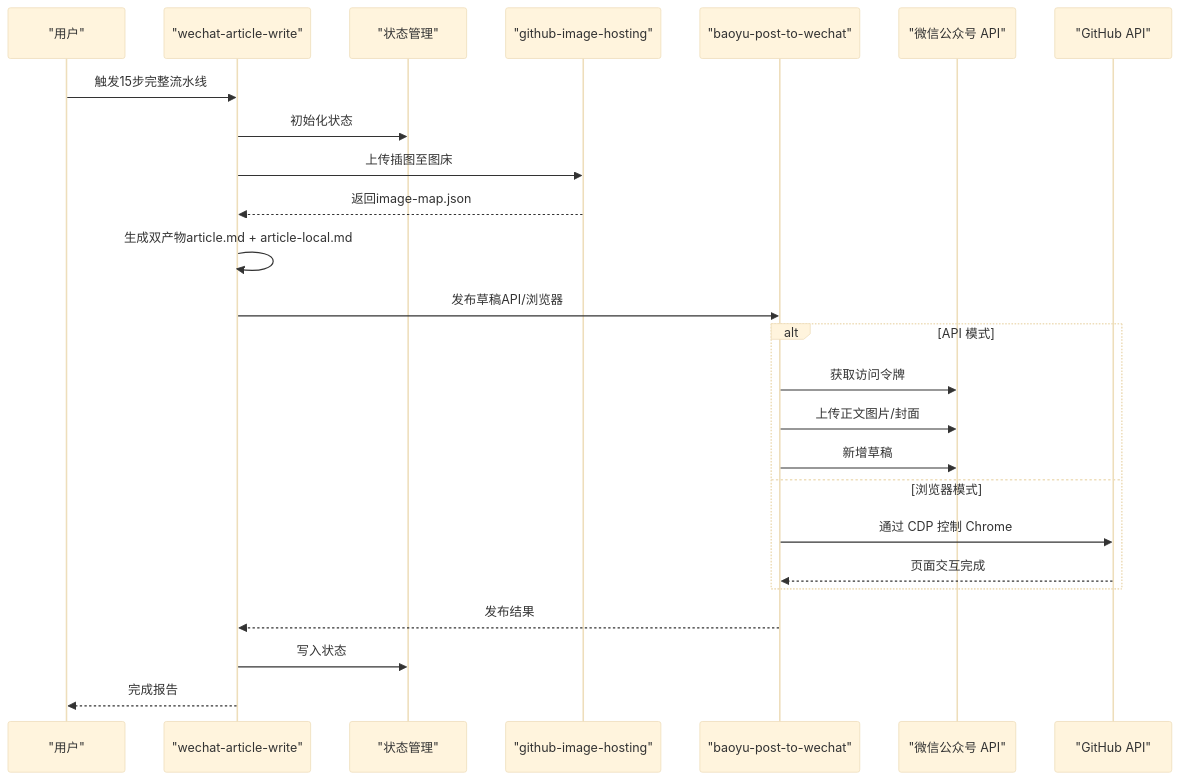
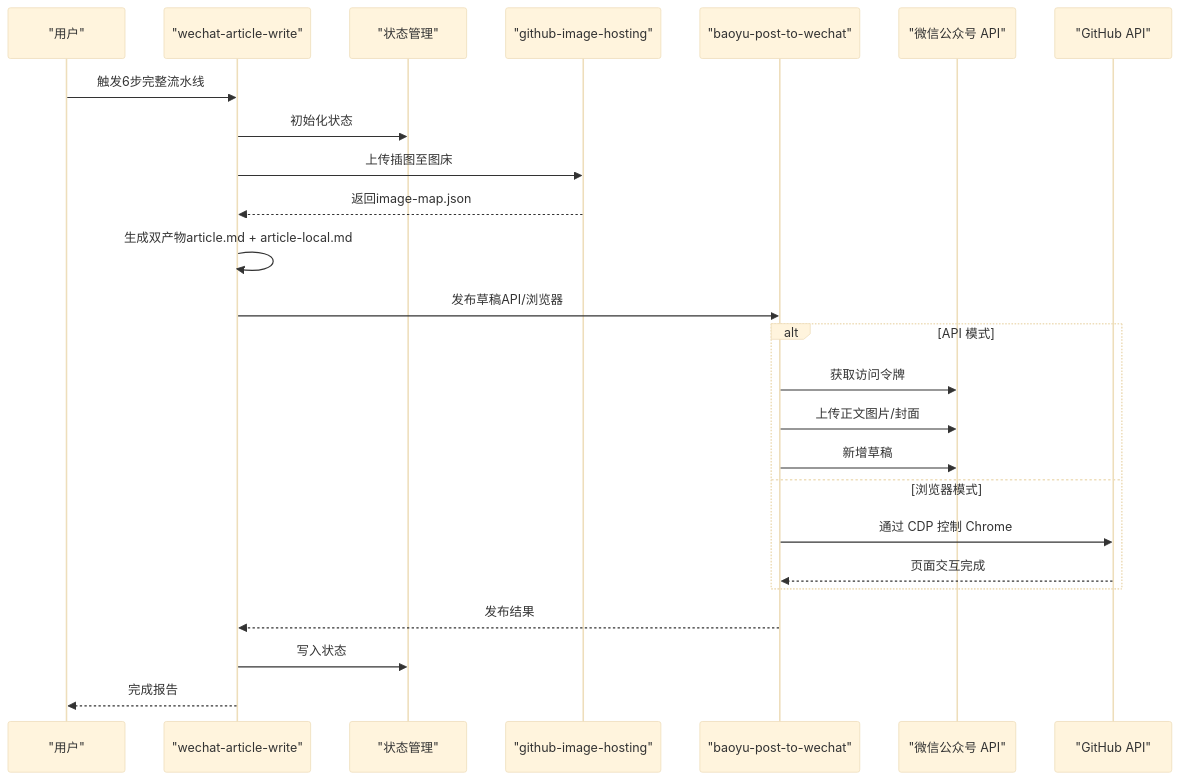
Before and after one commit to NTLx/ntlx.github.io: the second of 6 diagrams in .qoder/repowiki/zh/content/AI 技能系统/发布自动化技能/发布自动化技能.md, drawn with Mermaid (base theme). The commit also changed other lines of this file and 16 other files, not shown here.

````diff
--- a/.qoder/repowiki/zh/content/AI 技能系统/发布自动化技能/发布自动化技能.md
+++ b/.qoder/repowiki/zh/content/AI 技能系统/发布自动化技能/发布自动化技能.md
@@ -135,27 +135,27 @@
 ```mermaid
 sequenceDiagram
 participant U as "用户"
 participant W as "wechat-article-write"
 participant S as "状态管理"
 participant I as "github-image-hosting"
 participant P as "baoyu-post-to-wechat"
 participant WX as "微信公众号 API"
 participant GH as "GitHub API"
-U->>W : 触发15步完整流水线
+U->>W : 触发6步完整流水线
 W->>S : 初始化状态
 W->>I : 上传插图至图床
 I-->>W : 返回image-map.json
 W->>W : 生成双产物article.md + article-local.md
 W->>P : 发布草稿API/浏览器
 alt API 模式
 P->>WX : 获取访问令牌
 P->>WX : 上传正文图片/封面
 P->>WX : 新增草稿
 else 浏览器模式
 P->>GH : 通过 CDP 控制 Chrome
 GH-->>P : 页面交互完成
 end
 P-->>W : 发布结果
 W->>S : 写入状态
 W-->>U : 完成报告
 ```
````
